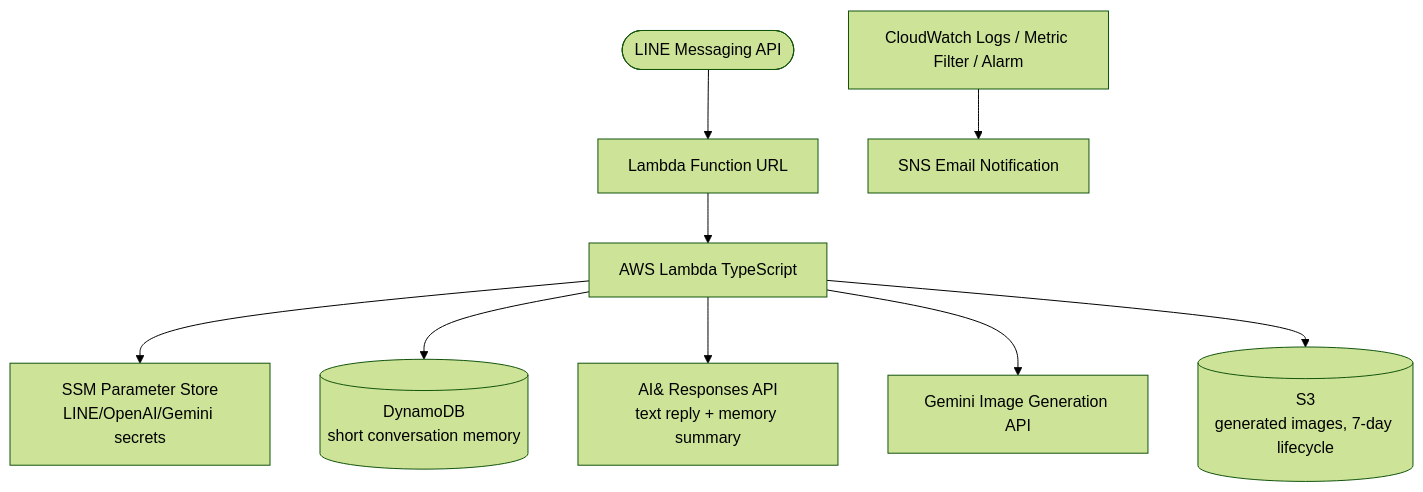
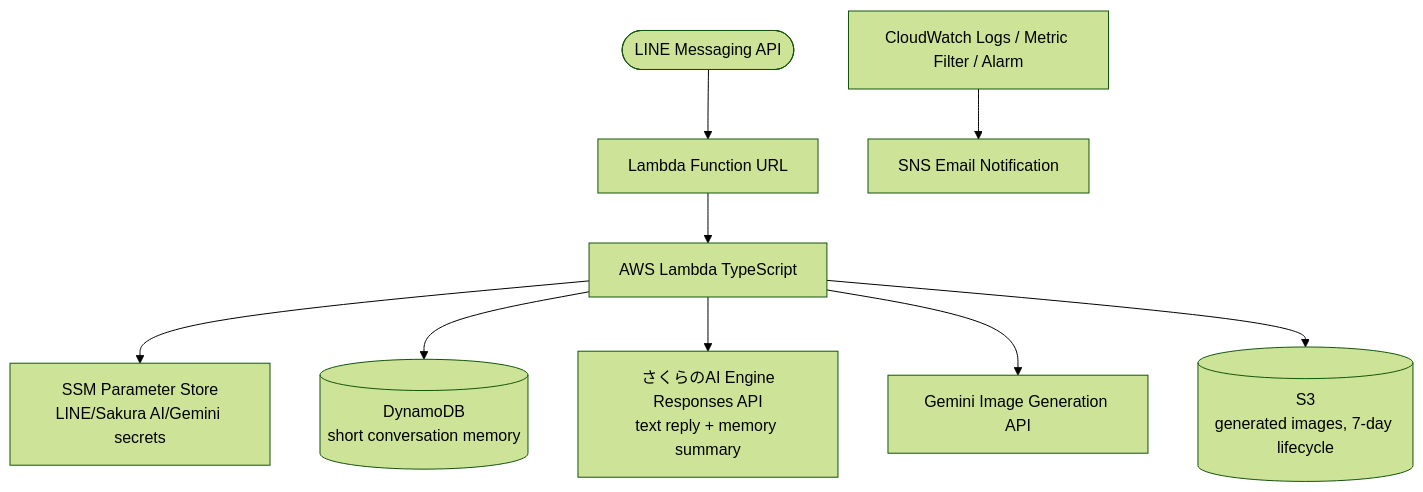
Before and after one commit to TORIFUKUKaiou/line-bot-cdk: the diagram in README.md, drawn with Mermaid (forest theme). The commit also changed other lines of this file and 9 other files, not shown here.

Commit message:
feat: migrate responses to Sakura AI Engine

````diff
--- a/README.md
+++ b/README.md
@@ -9,13 +9,13 @@
 ```mermaid
 flowchart TD
     LINE([LINE Messaging API]) --> LFU[Lambda Function URL]
     LFU --> Lambda[AWS Lambda TypeScript]
 
-    Lambda --> SSM[SSM Parameter Store<br/>LINE/OpenAI/Gemini secrets]
+    Lambda --> SSM[SSM Parameter Store<br/>LINE/Sakura AI/Gemini secrets]
     Lambda --> DynamoDB[(DynamoDB<br/>short conversation memory)]
-    Lambda --> AIAND[AI&amp; Responses API<br/>text reply + memory summary]
+    Lambda --> SakuraAI[さくらのAI Engine<br/>Responses API<br/>text reply + memory summary]
     Lambda --> Gemini[Gemini Image Generation API]
     Lambda --> S3[(S3<br/>generated images, 7-day lifecycle)]
 
     CW[CloudWatch Logs / Metric Filter / Alarm] --> SNS[SNS Email Notification]
 ```
````
